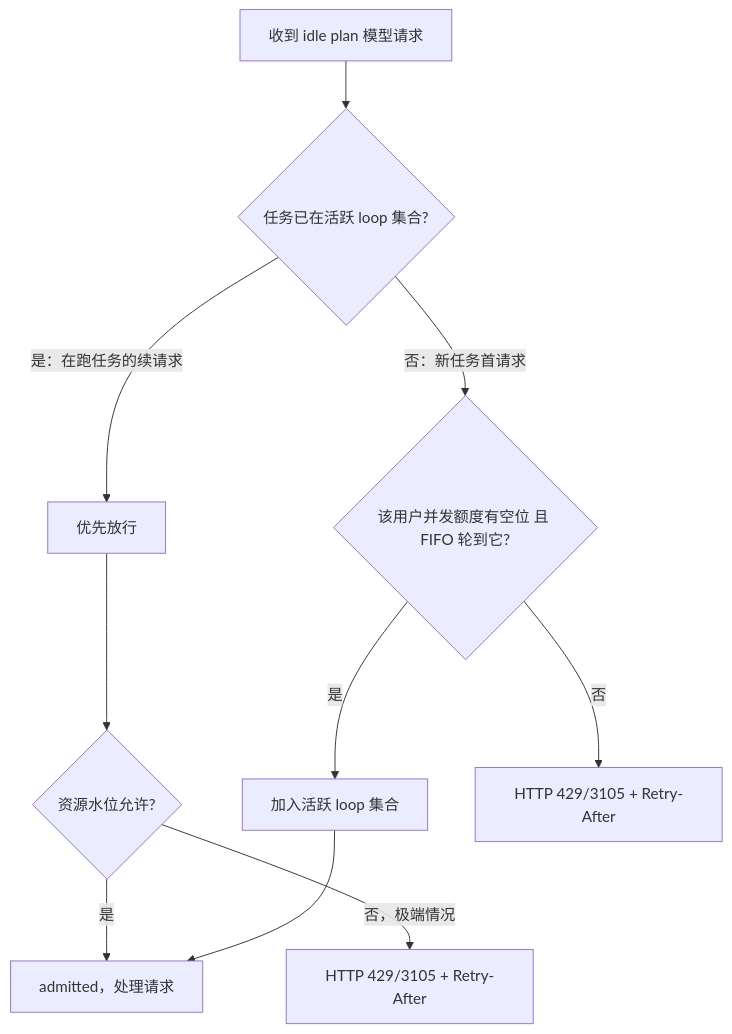
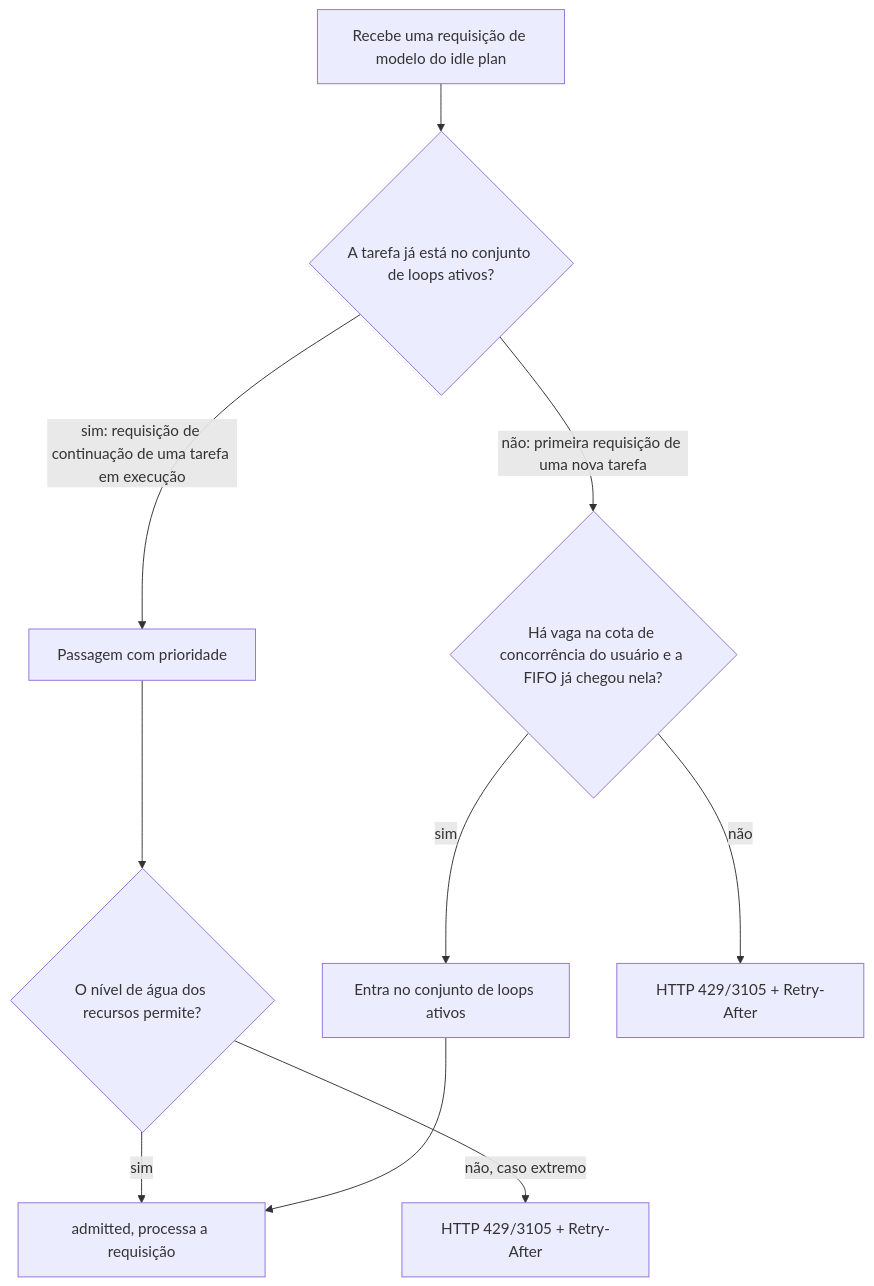
One commit to JoaoNetoDev/BR-Code changed the ninth of 11 diagrams in docs/off-peak-task/tech-design.md. Above: the diagram before and after it, drawn with Mermaid. The commit also changed other lines of this file and 14 other files, not shown here.

First line of the commit message:
docs: traduz rótulos de diagramas ASCII e mermaid para português

````diff
--- a/docs/off-peak-task/tech-design.md
+++ b/docs/off-peak-task/tech-design.md
@@ -699,11 +700,11 @@
 ```mermaid
 flowchart TD
-  R[收到 idle plan 模型请求] --> A{任务已在活跃 loop 集合?}
-  A -->|是：在跑任务的续请求| P[优先放行]
-  P --> C{资源水位允许?}
-  C -->|是| OK[admitted，处理请求]
-  C -->|否，极端情况| W1[HTTP 429/3105 + Retry-After]
-  A -->|否：新任务首请求| F{该用户并发额度有空位 且 FIFO 轮到它?}
-  F -->|是| J[加入活跃 loop 集合] --> OK
-  F -->|否| W2[HTTP 429/3105 + Retry-After]
+  R[Recebe uma requisição de modelo do idle plan] --> A{A tarefa já está no conjunto de loops ativos?}
+  A -->|sim: requisição de continuação de uma tarefa em execução| P[Passagem com prioridade]
+  P --> C{O nível de água dos recursos permite?}
+  C -->|sim| OK[admitted, processa a requisição]
+  C -->|não, caso extremo| W1[HTTP 429/3105 + Retry-After]
+  A -->|não: primeira requisição de uma nova tarefa| F{Há vaga na cota de concorrência do usuário e a FIFO já chegou nela?}
+  F -->|sim| J[Entra no conjunto de loops ativos] --> OK
+  F -->|não| W2[HTTP 429/3105 + Retry-After]
 ```
````
